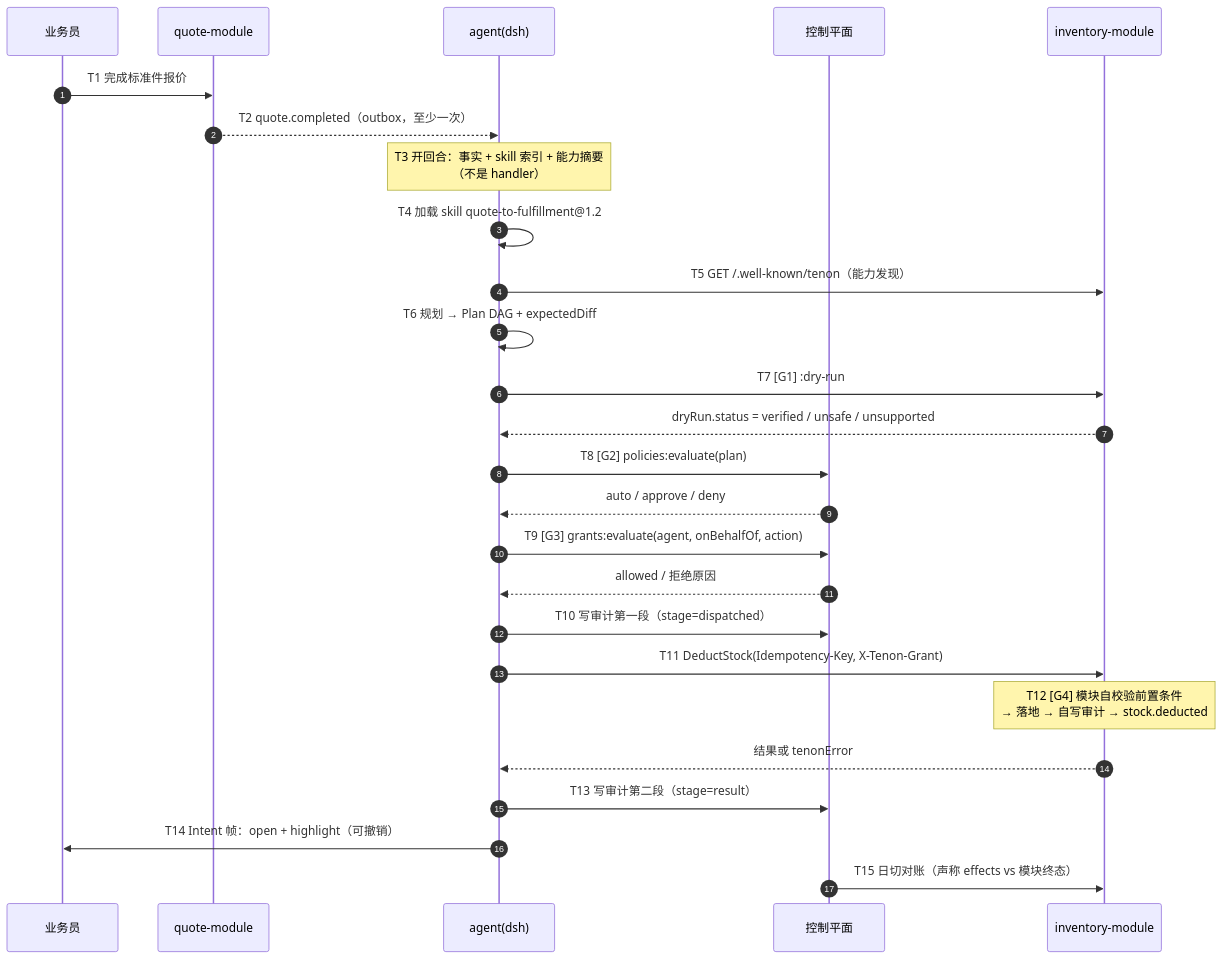
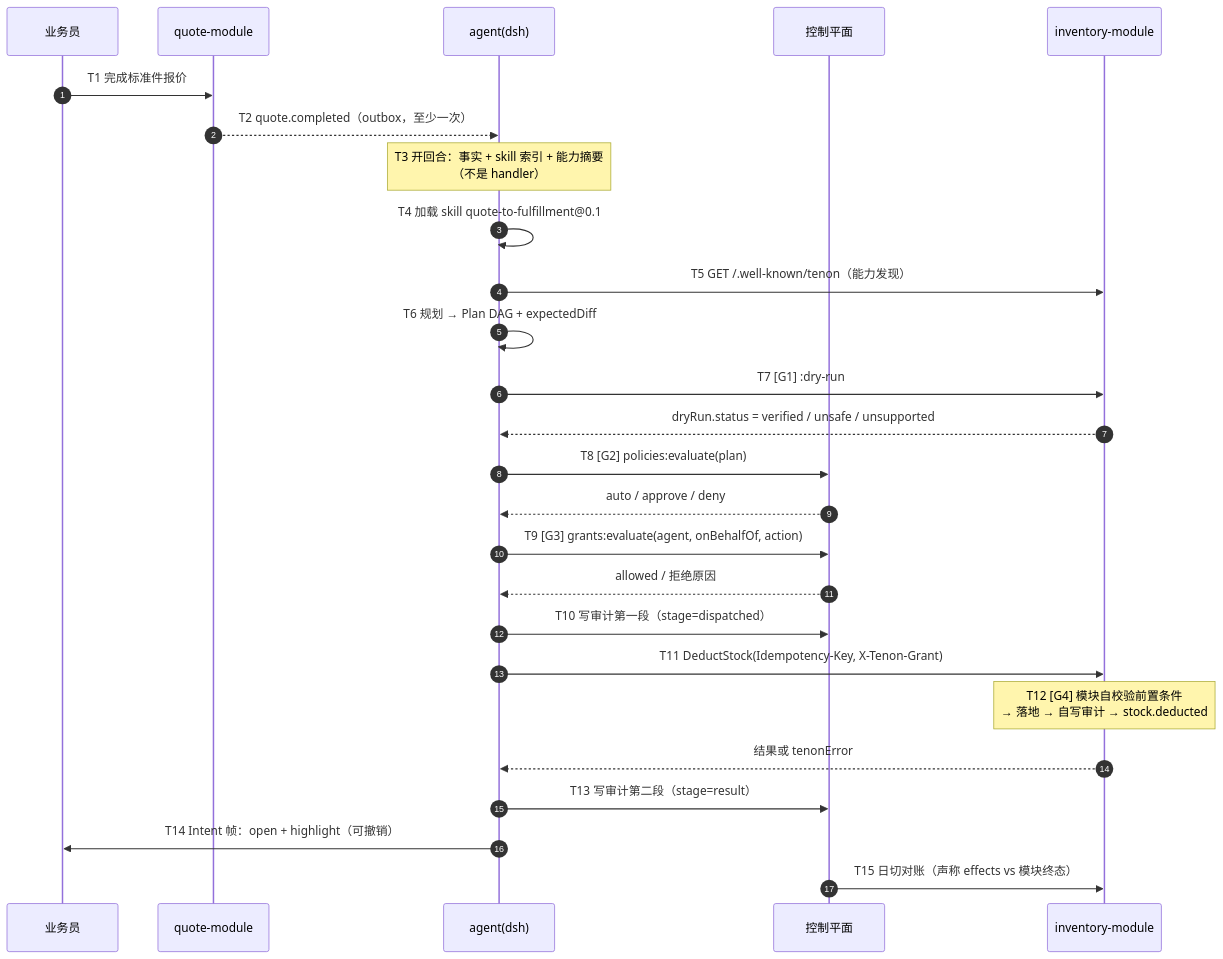
Before and after one commit to Esp-oss/tenon: the diagram in demo/mini-erp/README.md, drawn with Mermaid. The commit also changed other lines of this file and 2 other files, not shown here.

````diff
--- a/demo/mini-erp/README.md
+++ b/demo/mini-erp/README.md
@@ -45,29 +45,29 @@
 ```mermaid
 sequenceDiagram
     autonumber
     participant U as 业务员
     participant Q as quote-module
     participant A as agent(dsh)
     participant P as 控制平面
     participant I as inventory-module
 
     U->>Q: T1 完成标准件报价
     Q-->>A: T2 quote.completed（outbox，至少一次）
     Note over A: T3 开回合：事实 + skill 索引 + 能力摘要<br/>（不是 handler）
-    A->>A: T4 加载 skill quote-to-fulfillment@1.2
+    A->>A: T4 加载 skill quote-to-fulfillment@0.1
     A->>I: T5 GET /.well-known/tenon（能力发现）
     A->>A: T6 规划 → Plan DAG + expectedDiff
     A->>I: T7 [G1] :dry-run
     I-->>A: dryRun.status = verified / unsafe / unsupported
     A->>P: T8 [G2] policies:evaluate(plan)
     P-->>A: auto / approve / deny
     A->>P: T9 [G3] grants:evaluate(agent, onBehalfOf, action)
     P-->>A: allowed / 拒绝原因
     A->>P: T10 写审计第一段（stage=dispatched）
     A->>I: T11 DeductStock(Idempotency-Key, X-Tenon-Grant)
     Note over I: T12 [G4] 模块自校验前置条件<br/>→ 落地 → 自写审计 → stock.deducted
     I-->>A: 结果或 tenonError
     A->>P: T13 写审计第二段（stage=result）
     A->>U: T14 Intent 帧：open + highlight（可撤销）
     P->>I: T15 日切对账（声称 effects vs 模块终态）
 ```
````
